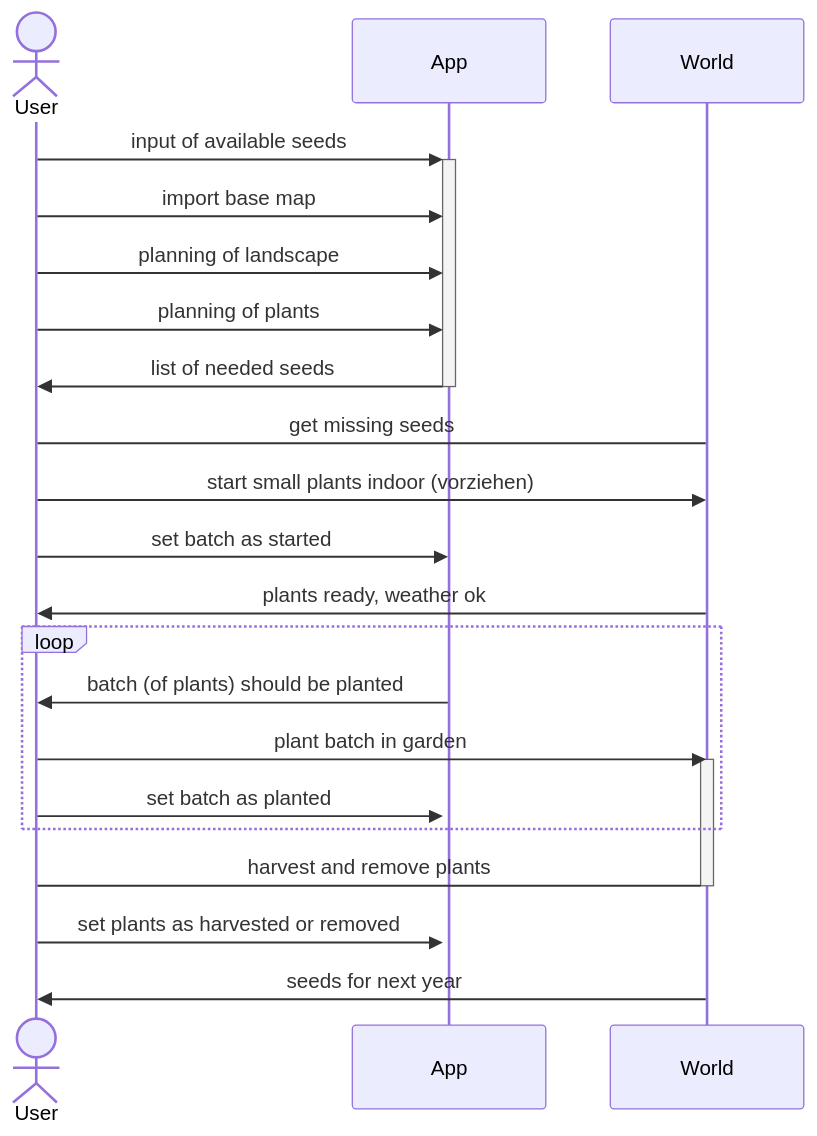
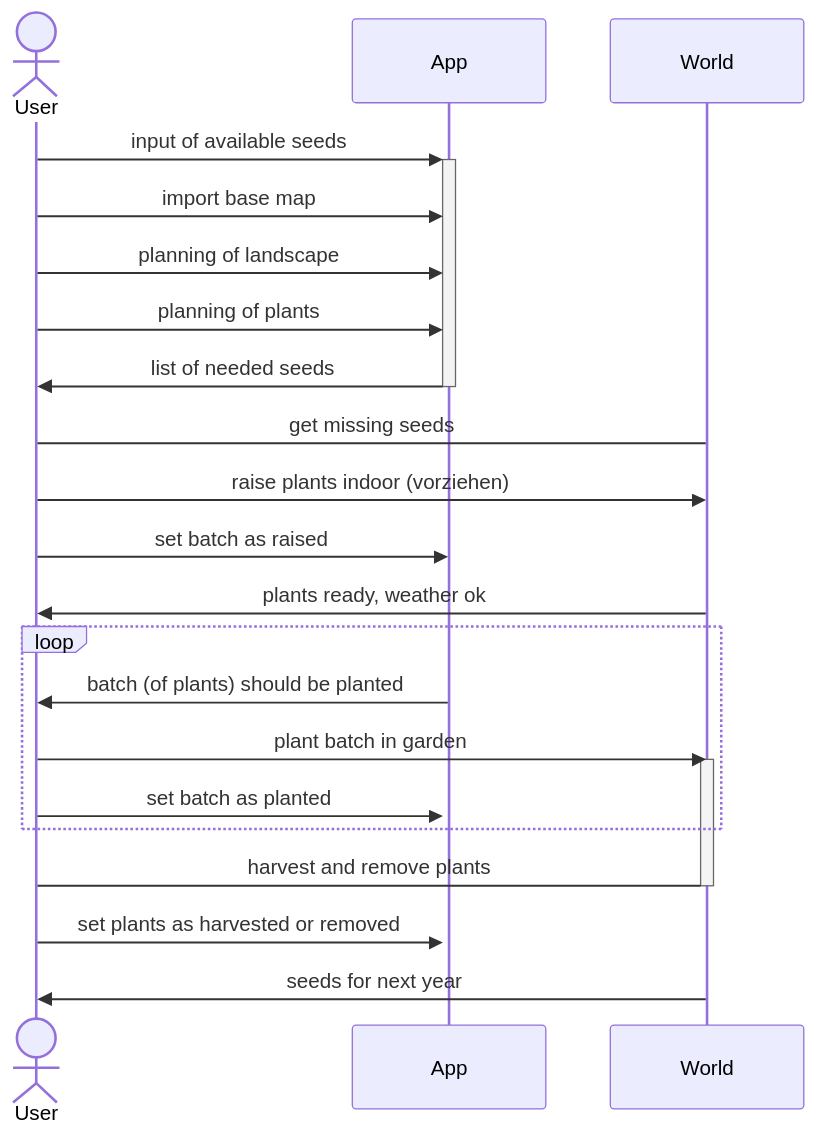
One commit to ElektraInitiative/PermaplanT changed the diagram in doc/architecture/sequence.md. Above: the diagram before and after it, drawn with Mermaid.

Commit message:
small updates during meeting

````diff
--- a/doc/architecture/sequence.md
+++ b/doc/architecture/sequence.md
@@ -5,27 +5,27 @@
 ```mermaid
 sequenceDiagram
     actor User
     User->>+App: input of available seeds
     User->>App: import base map
     User->>App: planning of landscape
     User->>App: planning of plants
     App->>-User: list of needed seeds
     User->World: get missing seeds
-    User->>World: start small plants indoor (vorziehen)
-    User->>App: set batch as started
+    User->>World: raise plants indoor (vorziehen)
+    User->>App: set batch as raised
 
     World->>User: plants ready, weather ok
     loop
         App->>User: batch (of plants) should be planted
         User->>World: plant batch in garden
         activate World
         User->>+App: set batch as planted
 
 
     end
 
     User->World: harvest and remove plants
     deactivate World
     User->>App: set plants as harvested or removed
     World->>User: seeds for next year
 ```
````
